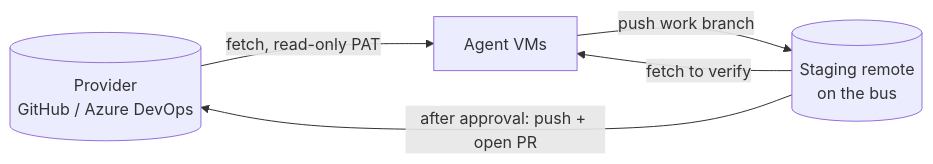
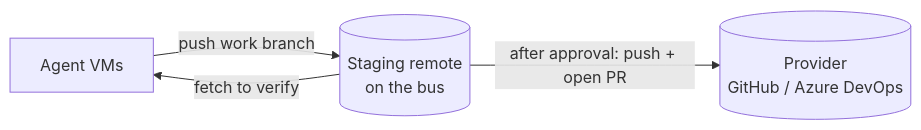
The diagram in docs/concepts/workspaces.md (PhrStyle/forgehall), drawn with Mermaid before and after one commit. The commit also changed other lines of this file and 7 other files, not shown here.

````diff
--- a/docs/concepts/workspaces.md
+++ b/docs/concepts/workspaces.md
@@ -49,7 +63,6 @@
 ```mermaid
 flowchart LR
-  P[(Provider<br/>GitHub / Azure DevOps)] -- fetch, read-only PAT --> A[Agent VMs]
-  A -- push work branch --> S[(Staging remote<br/>on the bus)]
+  A[Agent VMs] -- push work branch --> S[(Staging remote<br/>on the bus)]
   S -- fetch to verify --> A
-  S -- after approval: push + open PR --> P
+  S -- after approval: push + open PR --> P[(Provider<br/>GitHub / Azure DevOps)]
 ```
````
